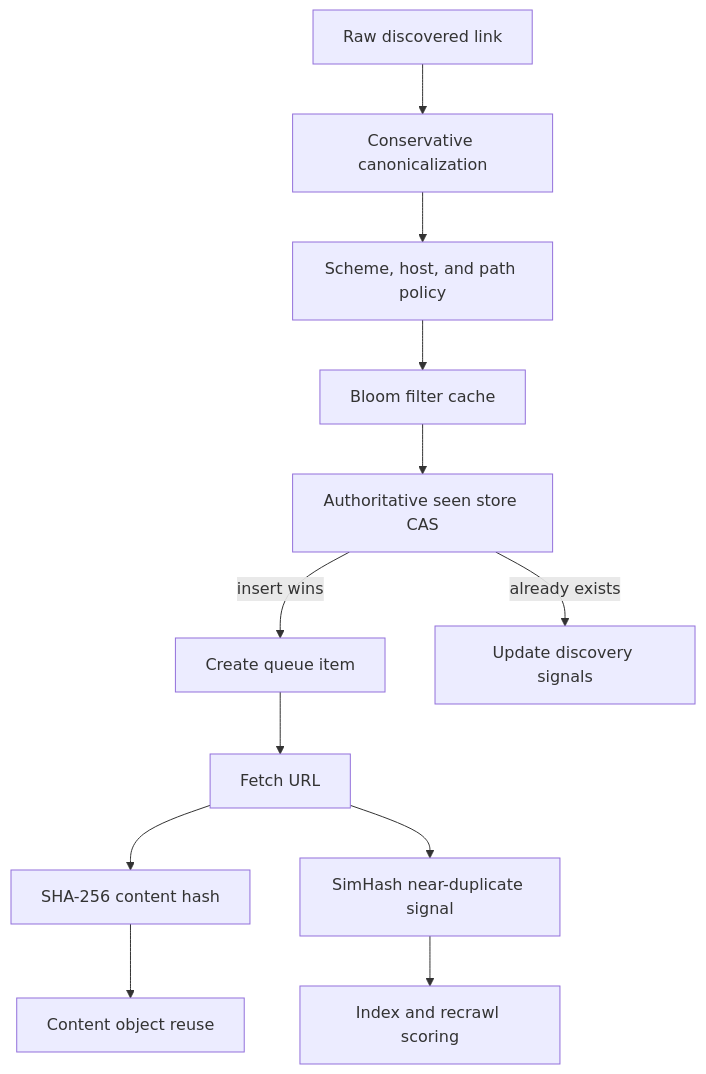
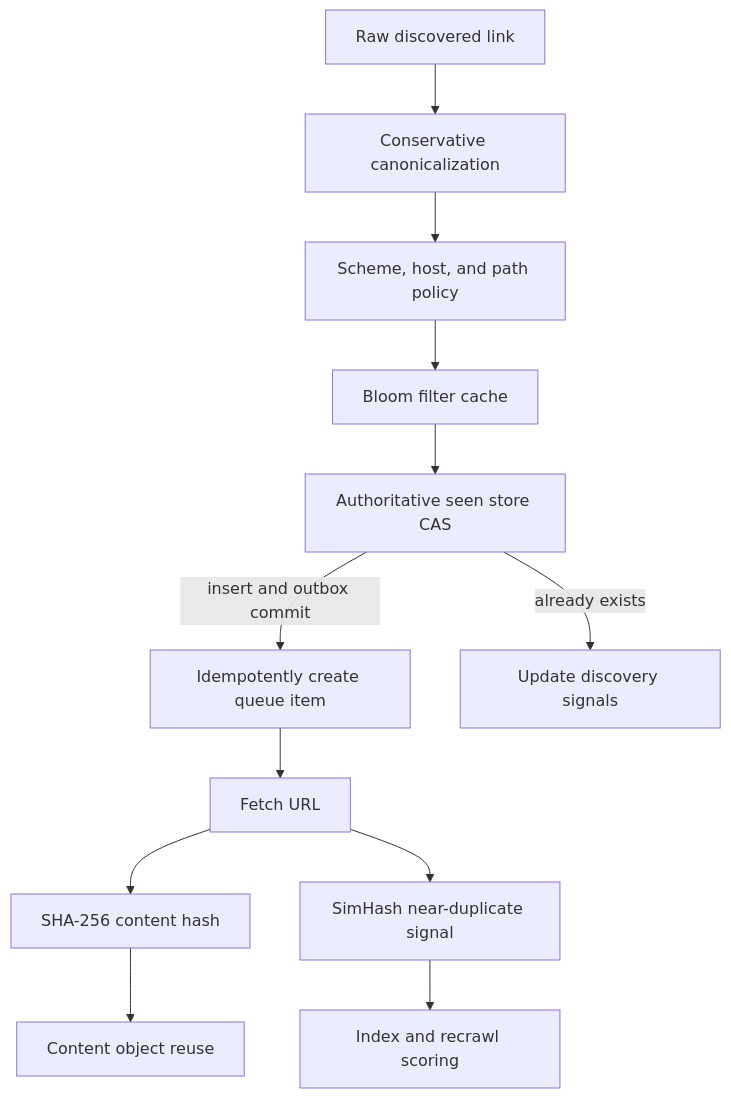
The fourth of 5 diagrams in web-crawler-system-design.md (Pranshu258/system-design), drawn with Mermaid before and after one commit. The commit also changed other lines of this file and 23 other files, not shown here.

````diff
--- a/web-crawler-system-design.md
+++ b/web-crawler-system-design.md
@@ -262,14 +268,14 @@
 ```mermaid
 flowchart TD
     Link["Raw discovered link"] --> Canon["Conservative canonicalization"]
     Canon --> Policy["Scheme, host, and path policy"]
     Policy --> Filter["Bloom filter cache"]
     Filter --> Store["Authoritative seen store CAS"]
-    Store -->|"insert wins"| Enqueue["Create queue item"]
+    Store -->|"insert and outbox commit"| Enqueue["Idempotently create queue item"]
     Store -->|"already exists"| Signals["Update discovery signals"]
     Enqueue --> Fetch["Fetch URL"]
     Fetch --> Hash["SHA-256 content hash"]
     Hash --> Object["Content object reuse"]
     Fetch --> Sim["SimHash near-duplicate signal"]
     Sim --> Planner["Index and recrawl scoring"]
 ```
````
